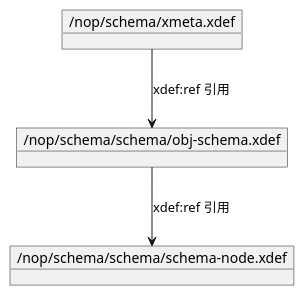
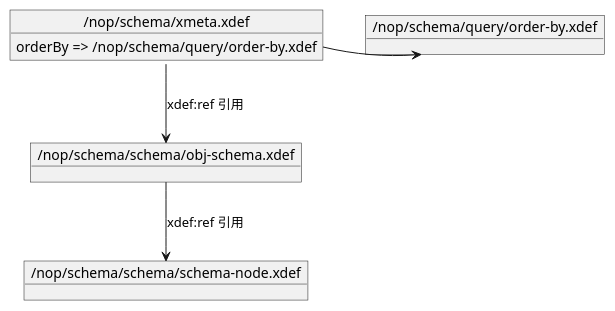
The diagram in docs/200.practice/250.about/700.xmeta.md (crazydan-studio/nop.crazydan.io), drawn with PlantUML before and after one commit. The commit also changed other lines of this file and 1 other file, not shown here.

Commit message:
Docs: 更新章节<XMeta 模型>

````diff
--- a/docs/200.practice/250.about/700.xmeta.md
+++ b/docs/200.practice/250.about/700.xmeta.md
@@ -18,11 +21,16 @@
 ```plantuml
+object "/nop/schema/xmeta.xdef" as xmeta {
+  orderBy => /nop/schema/query/order-by.xdef
+}
 object "/nop/schema/schema/schema-node.xdef" as schema_node {
 }
 object "/nop/schema/schema/obj-schema.xdef" as obj_schema {
 }
-object "/nop/schema/xmeta.xdef" as xmeta {
+object "/nop/schema/query/order-by.xdef" as order_by {
 }
 
 xmeta -down-> obj_schema: xdef:ref 引用
 obj_schema -down-> schema_node: xdef:ref 引用
+
+xmeta::orderBy -> order_by
 ```
````
